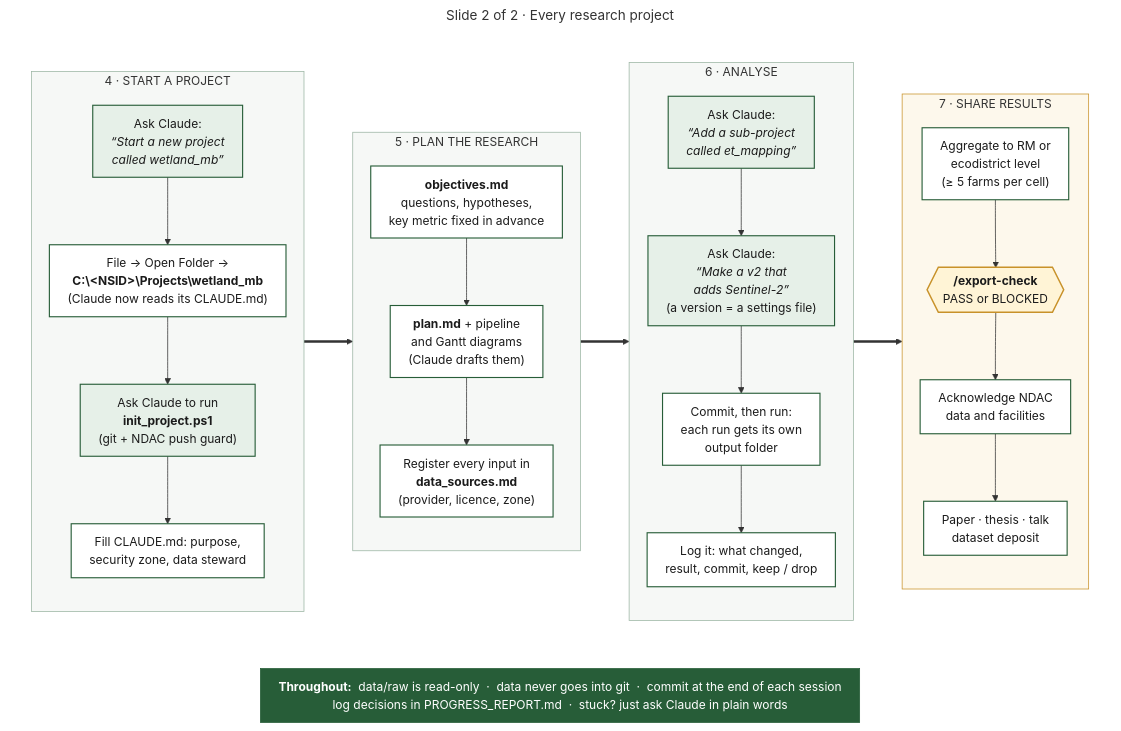
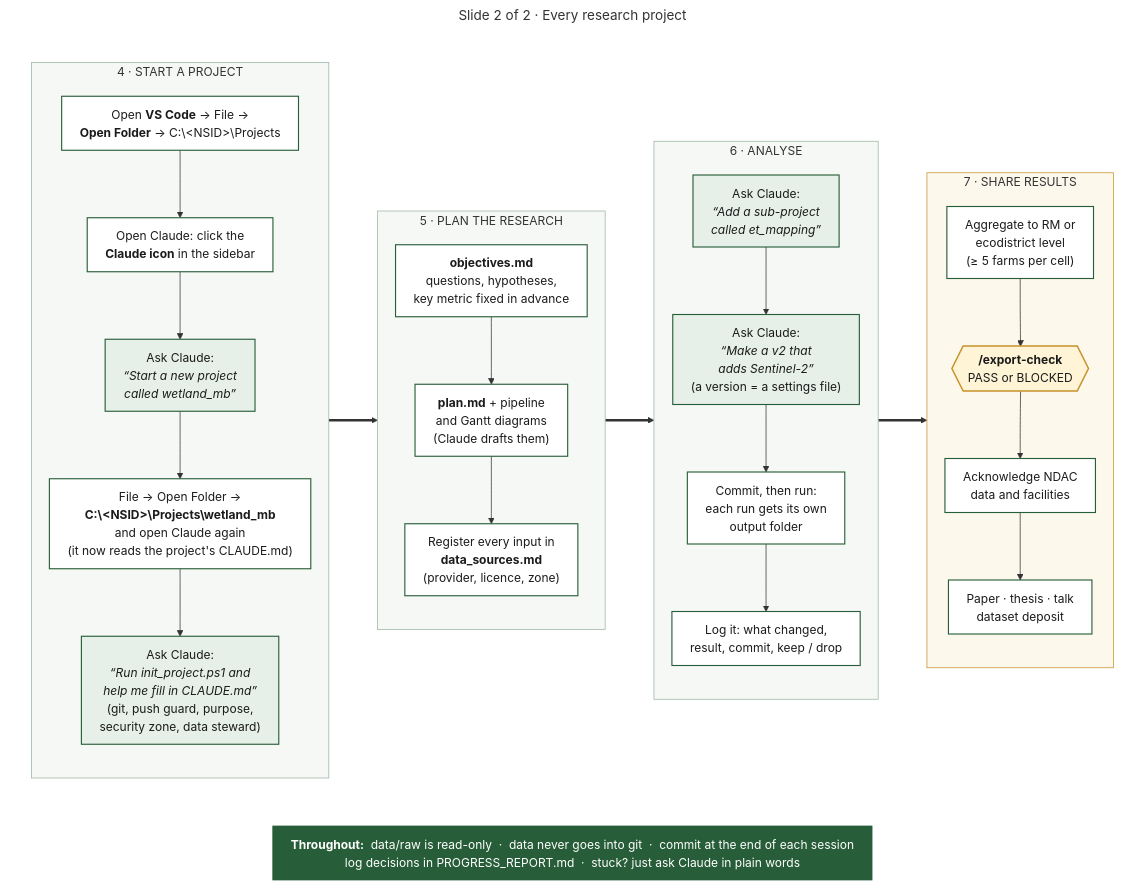
One commit to acreagelab/ndac-foundation changed the diagram in docs/training/slide2_every_project.mmd. Above: the diagram before and after it, drawn with Mermaid. The commit also changed 3 other files, not shown here.

Commit message:
Training: step 4 follows the real sequence (open VS Code + Projects, open Claude, ask, open project); slide 1 step 3 becomes a check

```diff
--- a/docs/training/slide2_every_project.mmd
+++ b/docs/training/slide2_every_project.mmd
@@ -1,49 +1,49 @@
 ---
 title: "Slide 2 of 2 · Every research project"
 config:
   flowchart:
     wrappingWidth: 900
     nodeSpacing: 28
     rankSpacing: 40
     padding: 12
 ---
 %% Training slide 2. Edit, then re-render (see docs/training/README.md).
 %% Never write "\n..." in Windows paths: Mermaid renders it as a line break, even escaped.
 flowchart TB
   subgraph ROW[" "]
   direction LR
   subgraph S4["4 · START A PROJECT"]
     direction TB
-    D1["Ask Claude:<br/><i>“Start a new project<br/>called wetland_mb”</i>"] --> D2["File → Open Folder →<br/><b>C:\&lt;NSID&gt;\Projects\wetland_mb</b><br/>(Claude now reads its CLAUDE.md)"] --> D3["Ask Claude to run<br/><b>init_project.ps1</b><br/>(git + NDAC push guard)"] --> D4["Fill CLAUDE.md: purpose,<br/>security zone, data steward"]
+    D1["Open <b>VS Code</b> → File →<br/><b>Open Folder</b> → C:\&lt;NSID&gt;\Projects"] --> D2["Open Claude: click the<br/><b>Claude icon</b> in the sidebar"] --> D3["Ask Claude:<br/><i>“Start a new project<br/>called wetland_mb”</i>"] --> D4["File → Open Folder →<br/><b>C:\&lt;NSID&gt;\Projects\wetland_mb</b><br/>and open Claude again<br/>(it now reads the project's CLAUDE.md)"] --> D5["Ask Claude:<br/><i>“Run init_project.ps1 and<br/>help me fill in CLAUDE.md”</i><br/>(git, push guard, purpose,<br/>security zone, data steward)"]
   end
   subgraph S5["5 · PLAN THE RESEARCH"]
     direction TB
     E1["<b>objectives.md</b><br/>questions, hypotheses,<br/>key metric fixed in advance"] --> E2["<b>plan.md</b> + pipeline<br/>and Gantt diagrams<br/>(Claude drafts them)"] --> E3["Register every input in<br/><b>data_sources.md</b><br/>(provider, licence, zone)"]
   end
   subgraph S6["6 · ANALYSE"]
     direction TB
     F1["Ask Claude:<br/><i>“Add a sub-project<br/>called et_mapping”</i>"] --> F2["Ask Claude:<br/><i>“Make a v2 that<br/>adds Sentinel-2”</i><br/>(a version = a settings file)"] --> F3["Commit, then run:<br/>each run gets its own<br/>output folder"] --> F4["Log it: what changed,<br/>result, commit, keep / drop"]
   end
   subgraph S7["7 · SHARE RESULTS"]
     direction TB
     G1["Aggregate to RM or<br/>ecodistrict level<br/>(≥ 5 farms per cell)"] --> G2{{"<b>/export-check</b><br/>PASS or BLOCKED"}} --> G3["Acknowledge NDAC<br/>data and facilities"] --> G4["Paper · thesis · talk<br/>dataset deposit"]
   end
   S4 ==> S5 ==> S6 ==> S7
   end
 
   RULES["<b>Throughout:</b>&nbsp; data/raw is read-only &nbsp;·&nbsp; data never goes into git &nbsp;·&nbsp; commit at the end of each session<br/>log decisions in PROGRESS_REPORT.md &nbsp;·&nbsp; stuck? just ask Claude in plain words"]
   ROW ~~~ RULES
 
   classDef step fill:#ffffff,stroke:#275D38,stroke-width:1.5px,color:#1b1b1b;
   classDef ask fill:#e6f0e8,stroke:#275D38,stroke-width:1.5px,color:#1b1b1b;
   classDef gate fill:#fff4d6,stroke:#C8922A,stroke-width:2px,color:#1b1b1b;
   classDef banner fill:#275D38,stroke:#275D38,color:#ffffff;
-  class D2,D4,E1,E2,E3,F3,F4,G1,G3,G4 step;
-  class D1,D3,F1,F2 ask;
+  class D1,D2,D4,E1,E2,E3,F3,F4,G1,G3,G4 step;
+  class D3,D5,F1,F2 ask;
   class G2 gate;
   class RULES banner;
   style S4 fill:#f6f8f6,stroke:#9bb5a3
   style S5 fill:#f6f8f6,stroke:#9bb5a3
   style S6 fill:#f6f8f6,stroke:#9bb5a3
   style S7 fill:#fdf8ec,stroke:#C8922A
   style ROW fill:#ffffff,stroke:#ffffff,stroke-width:0px
```
